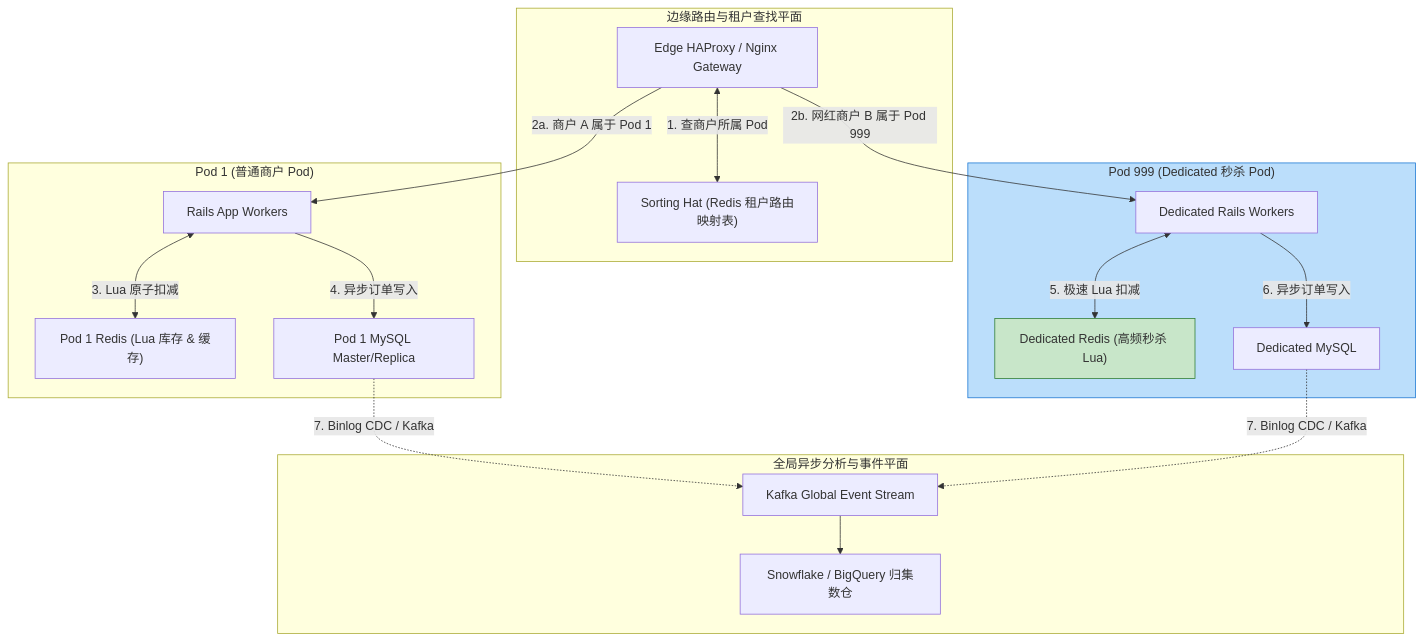
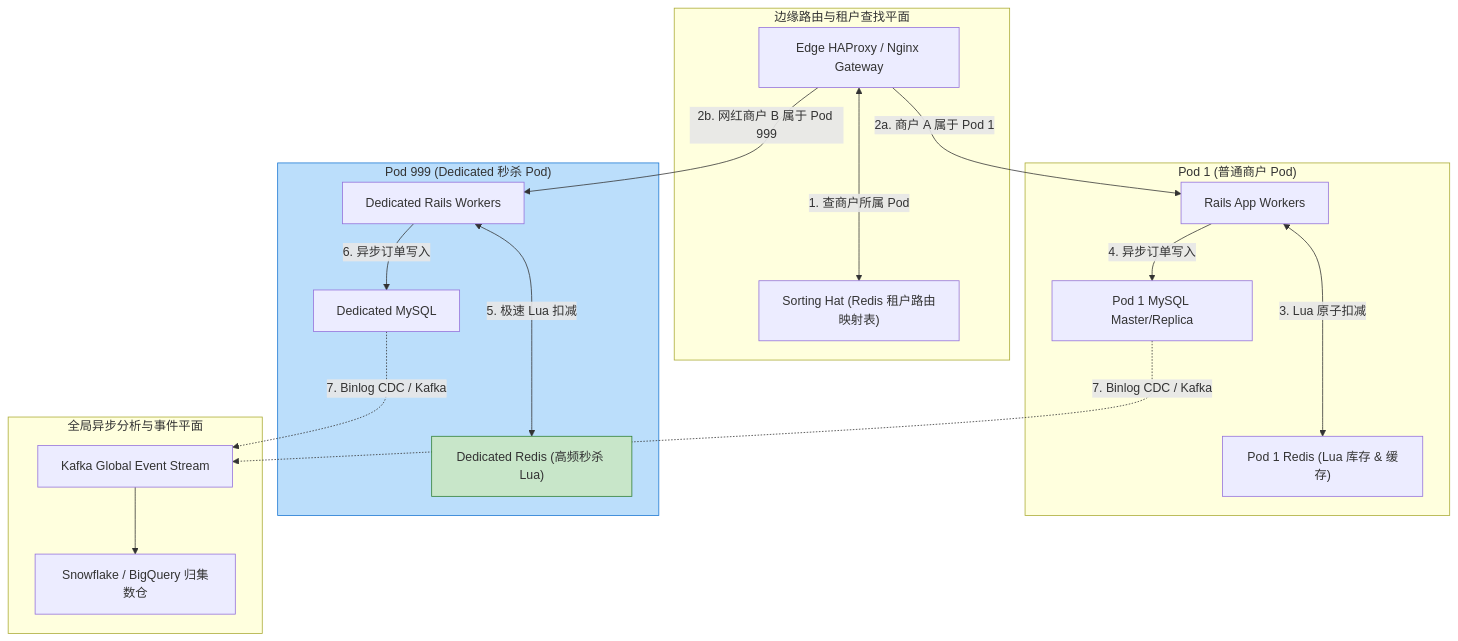
Before and after one commit to koosai/AI-Architect-Learning: the fourth of 7 diagrams in docs/atlas/shopify.mdx, drawn with Mermaid. The commit also changed other lines of this file and 68 other files, not shown here.

Commit message:
fix(atlas): fix browser client-side Mermaid rendering for mindmaps and flowcharts across 67 case studies

````diff
--- a/docs/atlas/shopify.mdx
+++ b/docs/atlas/shopify.mdx
@@ -122,40 +122,40 @@
 ```mermaid
 graph TB
   subgraph EdgeRoutingPlane["边缘路由与租户查找平面"]
     EdgeHAProxy["Edge HAProxy / Nginx Gateway"]
     SortingHatDB["Sorting Hat (Redis 租户路由映射表)"]
   end
 
   subgraph Pod1["Pod 1 (普通商户 Pod)"]
     RailsInst1["Rails App Workers"]
     Redis1["Pod 1 Redis (Lua 库存 & 缓存)"]
     MySQL1["Pod 1 MySQL Master/Replica"]
   end
 
   subgraph Pod999["Pod 999 (Dedicated 秒杀 Pod)"]
     RailsInst999["Dedicated Rails Workers"]
     Redis999["Dedicated Redis (高频秒杀 Lua)"]
     MySQL999["Dedicated MySQL"]
   end
 
   subgraph AsyncEvents["全局异步分析与事件平面"]
     KafkaCluster["Kafka Global Event Stream"]
     BigQueryWarehouse["Snowflake / BigQuery 归集数仓"]
   end
 
-  EdgeHAProxy <-->|1. 查商户所属 Pod| SortingHatDB
+  EdgeHAProxy <--->|1. 查商户所属 Pod| SortingHatDB
   EdgeHAProxy --"2a. 商户 A 属于 Pod 1"--> RailsInst1
   EdgeHAProxy --"2b. 网红商户 B 属于 Pod 999"--> RailsInst999
 
-  RailsInst1 <-->|3. Lua 原子扣减| Redis1
+  RailsInst1 <--->|3. Lua 原子扣减| Redis1
   RailsInst1 -->|4. 异步订单写入| MySQL1
   
-  RailsInst999 <-->|5. 极速 Lua 扣减| Redis999
+  RailsInst999 <--->|5. 极速 Lua 扣减| Redis999
   RailsInst999 -->|6. 异步订单写入| MySQL999
   
   MySQL1 & MySQL999 -.->|7. Binlog CDC / Kafka| KafkaCluster
   KafkaCluster --> BigQueryWarehouse
 
   style Pod999 fill:#bbdefb,stroke:#1976d2
   style Redis999 fill:#c8e6c9,stroke:#2e7d32
 ```
````
